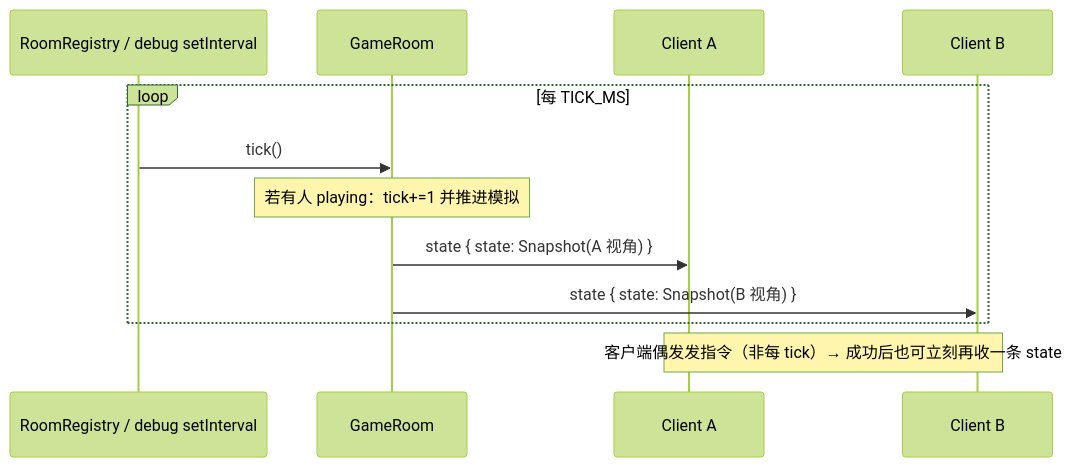
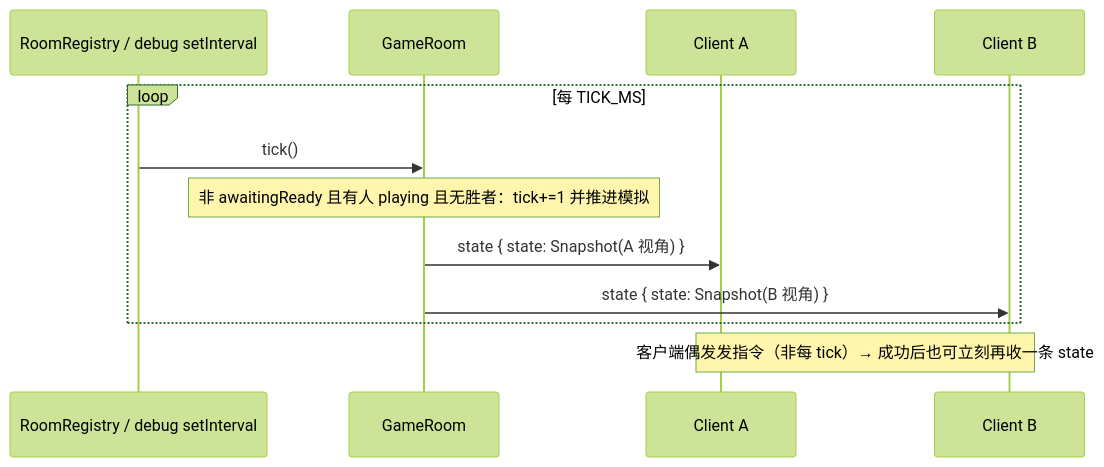
One commit to CubicEi/WarOnPaper changed the diagram in docs/shared/tick-packets.md. Above: the diagram before and after it, drawn with Mermaid (forest theme). The commit also changed other lines of this file, not shown here.

Commit message:
modified:   docs/shared/tick-packets.md

````diff
--- a/docs/shared/tick-packets.md
+++ b/docs/shared/tick-packets.md
@@ -22,15 +22,15 @@
 ```mermaid
 sequenceDiagram
   participant Clock as RoomRegistry / debug setInterval
   participant Room as GameRoom
   participant C1 as Client A
   participant C2 as Client B
 
   loop 每 TICK_MS
     Clock->>Room: tick()
-    Note over Room: 若有人 playing：tick+=1 并推进模拟
+    Note over Room: 非 awaitingReady 且有人 playing 且无胜者：tick+=1 并推进模拟
     Room->>C1: state { state: Snapshot(A 视角) }
     Room->>C2: state { state: Snapshot(B 视角) }
   end
   Note over C1,C2: 客户端偶发发指令（非每 tick）→ 成功后也可立刻再收一条 state
 ```
````
